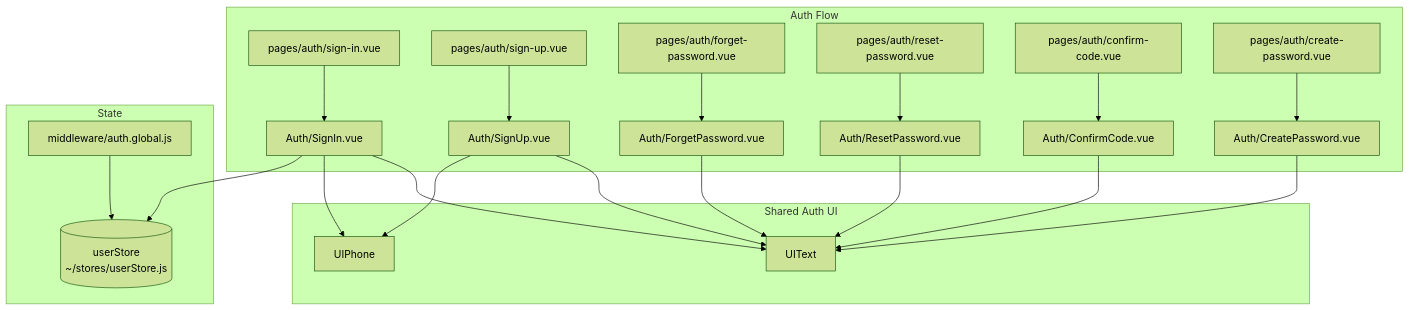
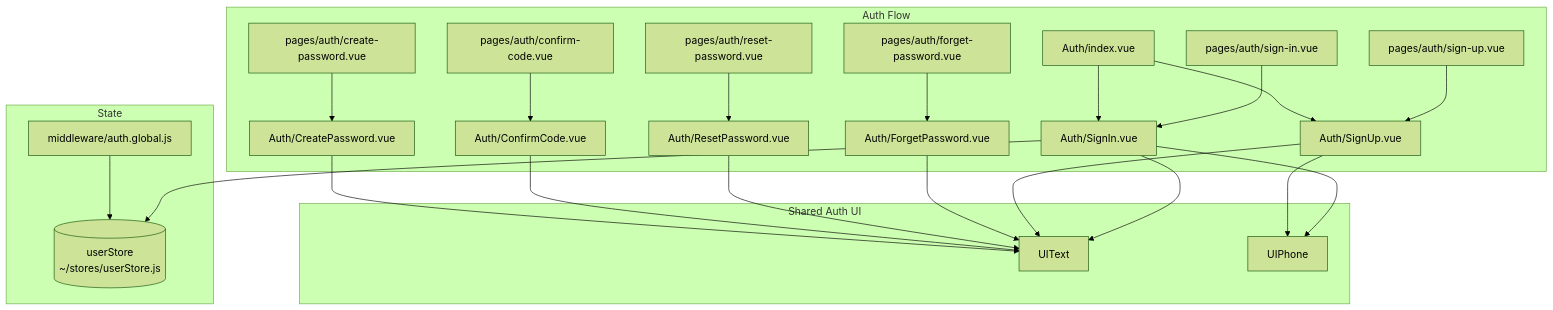
The fourth of 8 diagrams in docs/code-review-graph.md (hatemsunpy/sunpyramids), drawn with Mermaid (forest theme) before and after one commit. The commit also changed other lines of this file and 2 other files, not shown here.

First line of the commit message:
Fix code review graph issues from review feedback

````diff
--- a/docs/code-review-graph.md
+++ b/docs/code-review-graph.md
@@ -158,27 +158,29 @@
 ```mermaid
 graph TD
   subgraph "Auth Flow"
     P_SIGNIN["pages/auth/sign-in.vue"] --> AUTH_SIGNIN["Auth/SignIn.vue"]
     P_SIGNUP["pages/auth/sign-up.vue"] --> AUTH_SIGNUP["Auth/SignUp.vue"]
     P_FORGET["pages/auth/forget-password.vue"] --> AUTH_FORGET["Auth/ForgetPassword.vue"]
     P_RESET["pages/auth/reset-password.vue"] --> AUTH_RESET["Auth/ResetPassword.vue"]
     P_CONFIRM["pages/auth/confirm-code.vue"] --> AUTH_CONFIRM["Auth/ConfirmCode.vue"]
     P_CREATE["pages/auth/create-password.vue"] --> AUTH_CREATE["Auth/CreatePassword.vue"]
+    AUTH_INDEX["Auth/index.vue"] --> AUTH_SIGNIN
+    AUTH_INDEX --> AUTH_SIGNUP
   end
 
   subgraph "Shared Auth UI"
     AUTH_SIGNIN --> UI_TEXT["UIText"]
     AUTH_SIGNUP --> UI_TEXT
     AUTH_FORGET --> UI_TEXT
     AUTH_RESET --> UI_TEXT
     AUTH_CONFIRM --> UI_TEXT
     AUTH_CREATE --> UI_TEXT
     AUTH_SIGNIN --> UI_PHONE["UIPhone"]
     AUTH_SIGNUP --> UI_PHONE
   end
 
   subgraph "State"
     AUTH_SIGNIN --> USER_STORE[("userStore<br/>~/stores/userStore.js")]
     MW_AUTH["middleware/auth.global.js"] --> USER_STORE
   end
 ```
````
